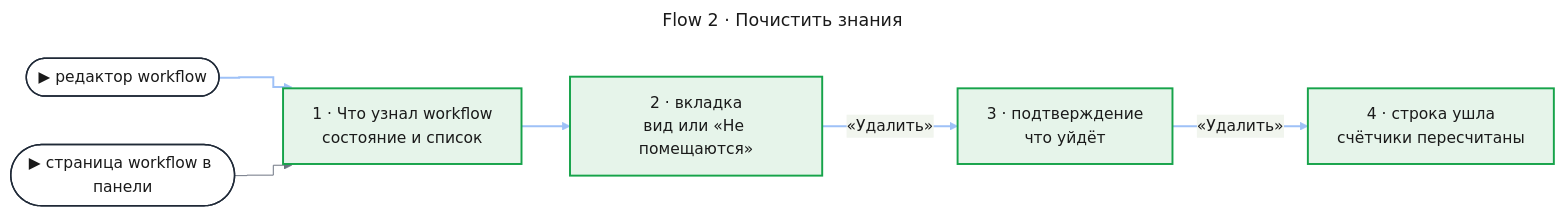
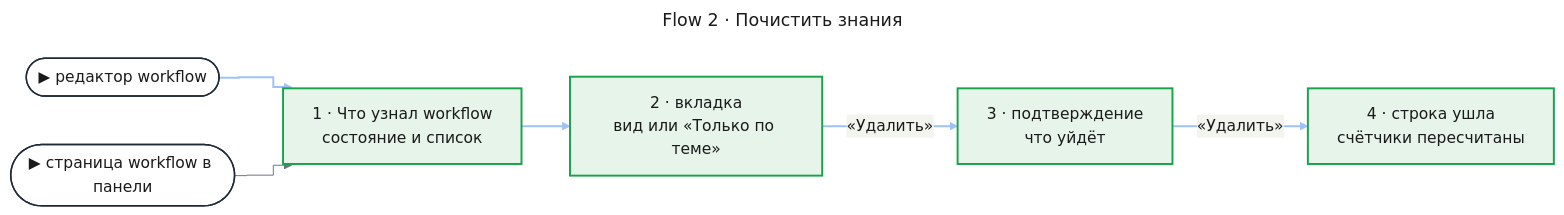
The second of 2 diagrams in docs/features/self-learning/uxrd.md (tundraray/agent-os), drawn with Mermaid before and after one commit. The commit also changed other lines of this file and 1 other file, not shown here.

````diff
--- a/docs/features/self-learning/uxrd.md
+++ b/docs/features/self-learning/uxrd.md
@@ -105,41 +106,41 @@
 ```mermaid
 ---
 title: "Flow 2 · Почистить знания"
 config:
   theme: base
   look: classic
   themeVariables:
     primaryColor: "#eef1f5"
     primaryBorderColor: "#4b5563"
     primaryTextColor: "#1a1a1a"
     lineColor: "#6b7280"
   flowchart:
     curve: step
   themeCSS: |
     @keyframes litr_sl2{0%,22.5%{stroke:#1d4ed8;stroke-width:6px}25%,100%{stroke:#9ec1f7;stroke-width:2px}}
 ---
 flowchart LR
     editor(["▶ редактор workflow"])
     panel(["▶ страница workflow в панели"])
     screen["1 · Что узнал workflow<br/>состояние и список"]
-    tab["2 · вкладка<br/>вид или «Не помещаются»"]
+    tab["2 · вкладка<br/>вид или «Только по теме»"]
     confirm["3 · подтверждение<br/>что уйдёт"]
     done["4 · строка ушла<br/>счётчики пересчитаны"]
     editor e1@--> screen
     panel --> screen
     screen e2@--> tab
     tab e3@-->|"«Удалить»"| confirm
     confirm e4@-->|"«Удалить»"| done
     classDef entry fill:#ffffff,stroke:#1f2937,stroke-width:1.5px,color:#1a1a1a
     classDef new fill:#e6f4ea,stroke:#16a34a,stroke-width:2px,color:#1a1a1a
     classDef r1 stroke:#9ec1f7,stroke-width:2px,animation:litr_sl2 4.8s linear 0s infinite
     classDef r2 stroke:#9ec1f7,stroke-width:2px,animation:litr_sl2 4.8s linear 1.2s infinite
     classDef r3 stroke:#9ec1f7,stroke-width:2px,animation:litr_sl2 4.8s linear 2.4s infinite
     classDef r4 stroke:#9ec1f7,stroke-width:2px,animation:litr_sl2 4.8s linear 3.6s infinite
     class editor,panel entry
     class screen,tab,confirm,done new
     class e1 r1
     class e2 r2
     class e3 r3
     class e4 r4
 ```
````
